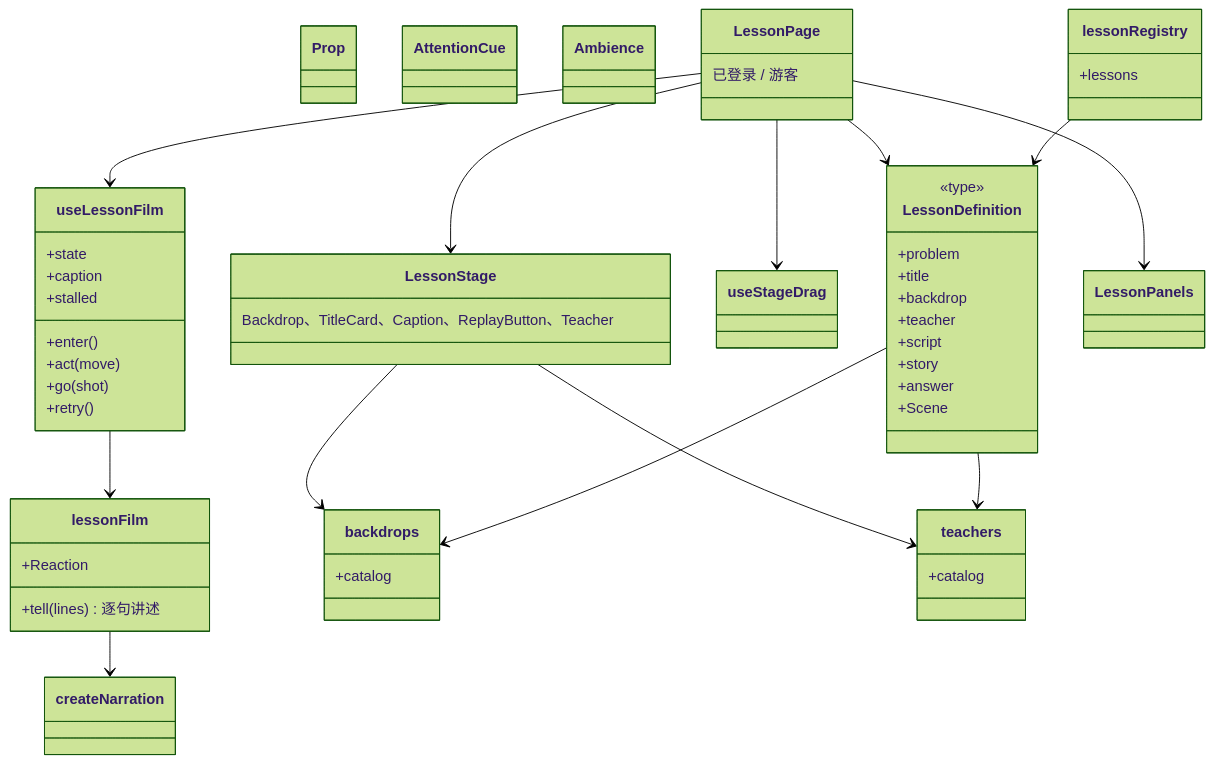
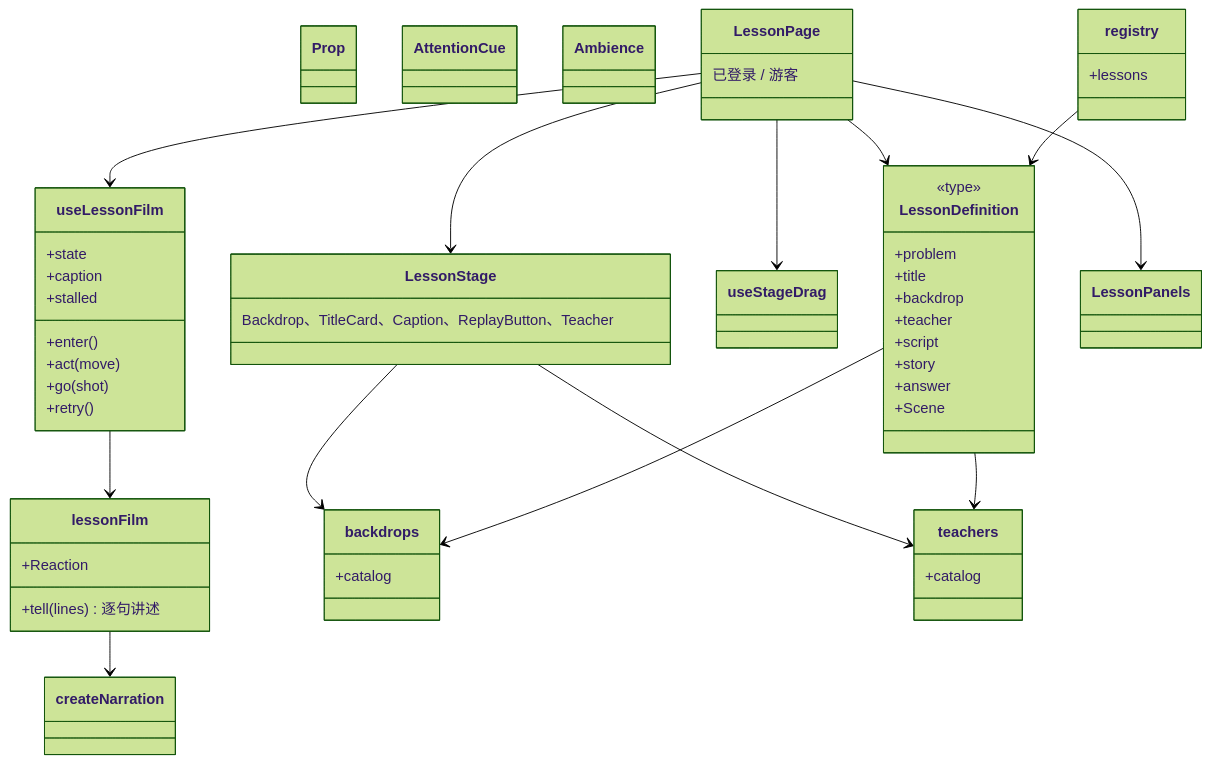
The second of 2 diagrams in docs/design/lesson-kit.md (juanchaopan/education), drawn with Mermaid (forest theme) before and after one commit. The commit also changed other lines of this file and 1 other file, not shown here.

Commit message:
docs: list the lesson architecture rules for web code and name the registry as the code does (#132)
Claude-Session: https://claude.ai/code/session_0183GQ8DXoPP7D12R4z6fmQW

````diff
--- a/docs/design/lesson-kit.md
+++ b/docs/design/lesson-kit.md
@@ -70,59 +70,59 @@
 ```mermaid
 classDiagram
   class LessonDefinition {
     <<type>>
     +problem
     +title
     +backdrop
     +teacher
     +script
     +story
     +answer
     +Scene
   }
   class lessonFilm {
     +tell(lines) 逐句讲述
     +Reaction
   }
   class useLessonFilm {
     +state
     +caption
     +stalled
     +enter()
     +act(move)
     +go(shot)
     +retry()
   }
   class useStageDrag
   class LessonStage {
     Backdrop、TitleCard、Caption、ReplayButton、Teacher
   }
   class Prop
   class AttentionCue
   class Ambience
   class LessonPage {
     已登录 / 游客
   }
   class LessonPanels
   class backdrops {
     +catalog
   }
   class teachers {
     +catalog
   }
-  class lessonRegistry {
+  class registry {
     +lessons
   }
   LessonPage --> LessonDefinition
   LessonPage --> useLessonFilm
   LessonPage --> useStageDrag
   LessonPage --> LessonStage
   LessonPage --> LessonPanels
   useLessonFilm --> lessonFilm
   lessonFilm --> createNarration
   LessonStage --> backdrops
   LessonStage --> teachers
   LessonDefinition --> backdrops
   LessonDefinition --> teachers
-  lessonRegistry --> LessonDefinition
+  registry --> LessonDefinition
 ```
````
